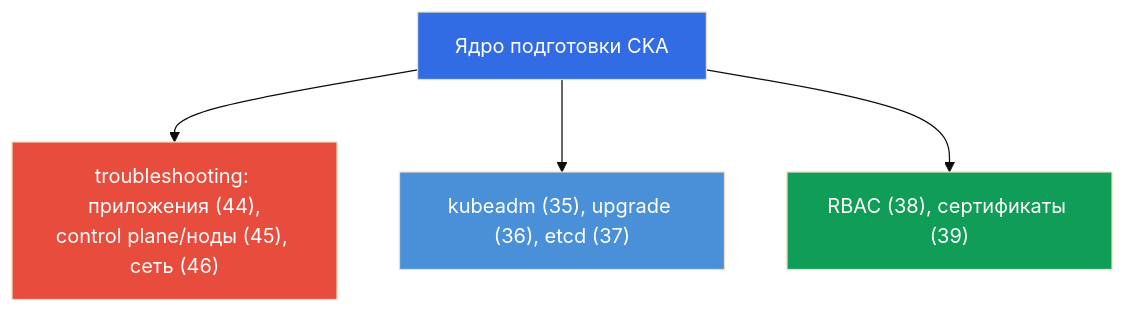
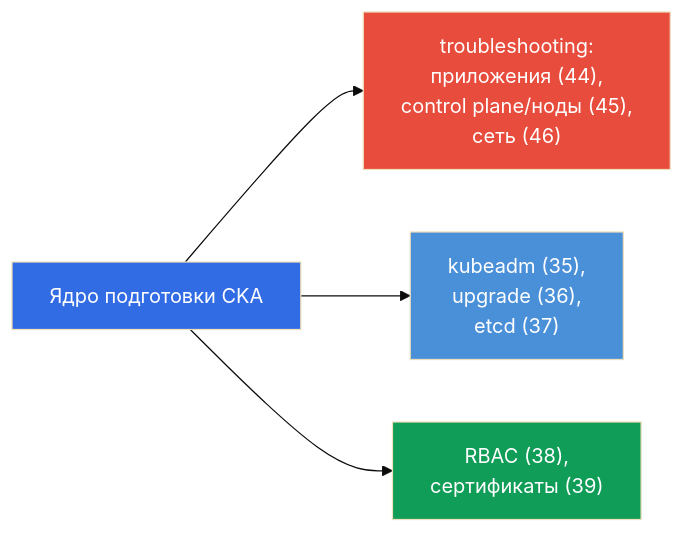
One commit to ViktorUJ/cks changed the fourth of 8 diagrams in tasks/cka/course/48/ru.md. Above: the diagram before and after it, drawn with Mermaid (base theme). The commit also changed other lines of this file and 30 other files, not shown here.

````diff
--- a/tasks/cka/course/48/ru.md
+++ b/tasks/cka/course/48/ru.md
@@ -108,11 +105,11 @@
 ```mermaid
-flowchart TB
+flowchart LR
     core["Ядро подготовки CKA"]
-    core --> tshoot["troubleshooting: приложения (44),<br>control plane/ноды (45), сеть (46)"]
-    core --> install["kubeadm (35), upgrade (36), etcd (37)"]
-    core --> sec["RBAC (38), сертификаты (39)"]
+    core --> tshoot["troubleshooting:<br>приложения (44),<br>control plane/ноды (45),<br>сеть (46)"]
+    core --> install["kubeadm (35),<br>upgrade (36),<br>etcd (37)"]
+    core --> sec["RBAC (38),<br>сертификаты (39)"]
     style core fill:#326ce5,color:#fff
     style tshoot fill:#e74c3c,color:#fff
     style install fill:#4a90d9,color:#fff
     style sec fill:#0f9d58,color:#fff
 ```
````
